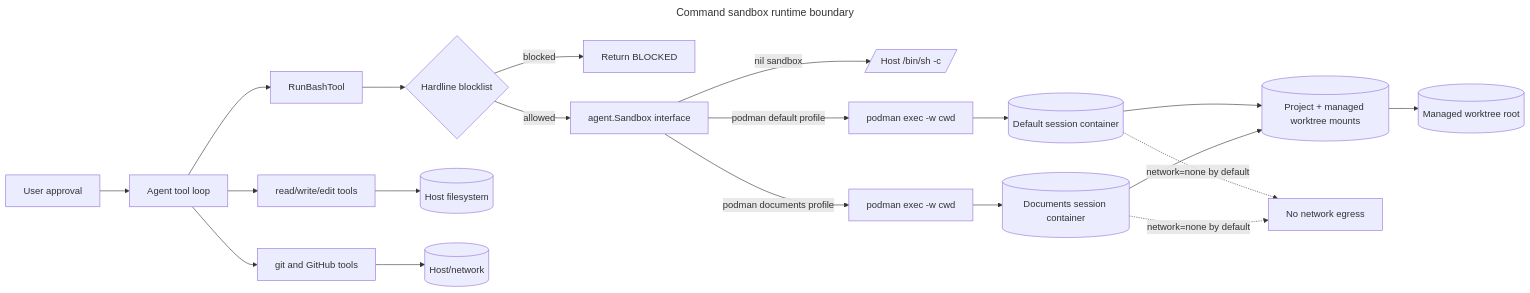
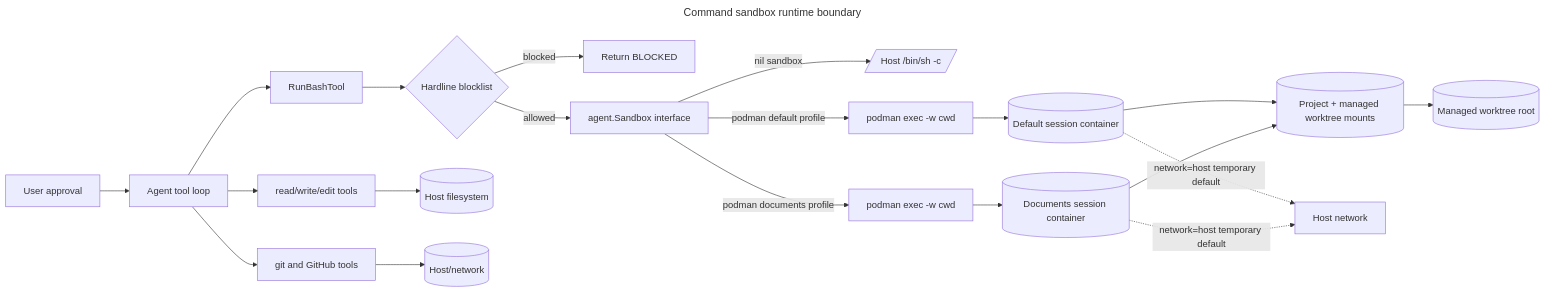
One commit to yottadynamics/yottacode changed the first of 2 diagrams in docs/sandbox.md. Above: the diagram before and after it, drawn with Mermaid. The commit also changed other lines of this file and 4 other files, not shown here.

Commit message:
Default sandbox networking to host

````diff
--- a/docs/sandbox.md
+++ b/docs/sandbox.md
@@ -23,27 +25,27 @@
 ```mermaid
 ---
 title: Command sandbox runtime boundary
 ---
 flowchart LR
     %% Author: YottaDynamics | Scope: current command sandbox
     User[User approval] --> Agent[Agent tool loop]
     Agent --> RB[RunBashTool]
     RB --> Blocklist{Hardline blocklist}
     Blocklist -- blocked --> Deny[Return BLOCKED]
     Blocklist -- allowed --> Seam[agent.Sandbox interface]
     Seam -- nil sandbox --> Host[/Host /bin/sh -c/]
     Seam -- podman default profile --> Exec[podman exec -w cwd]
     Seam -- podman documents profile --> DocExec[podman exec -w cwd]
     Exec --> Container[(Default session container)]
     DocExec --> DocContainer[(Documents session container)]
     Container --> Mount[(Project + managed worktree mounts)]
     DocContainer --> Mount
     Mount --> Worktrees[(Managed worktree root)]
-    Container -. network=none by default .-> Net[No network egress]
-    DocContainer -. network=none by default .-> Net
+    Container -. network=host temporary default .-> Net[Host network]
+    DocContainer -. network=host temporary default .-> Net
 
     Agent --> FileTools[read/write/edit tools]
     FileTools --> HostFS[(Host filesystem)]
     Agent --> GitTools[git and GitHub tools]
     GitTools --> HostNet[(Host/network)]
 ```
````
